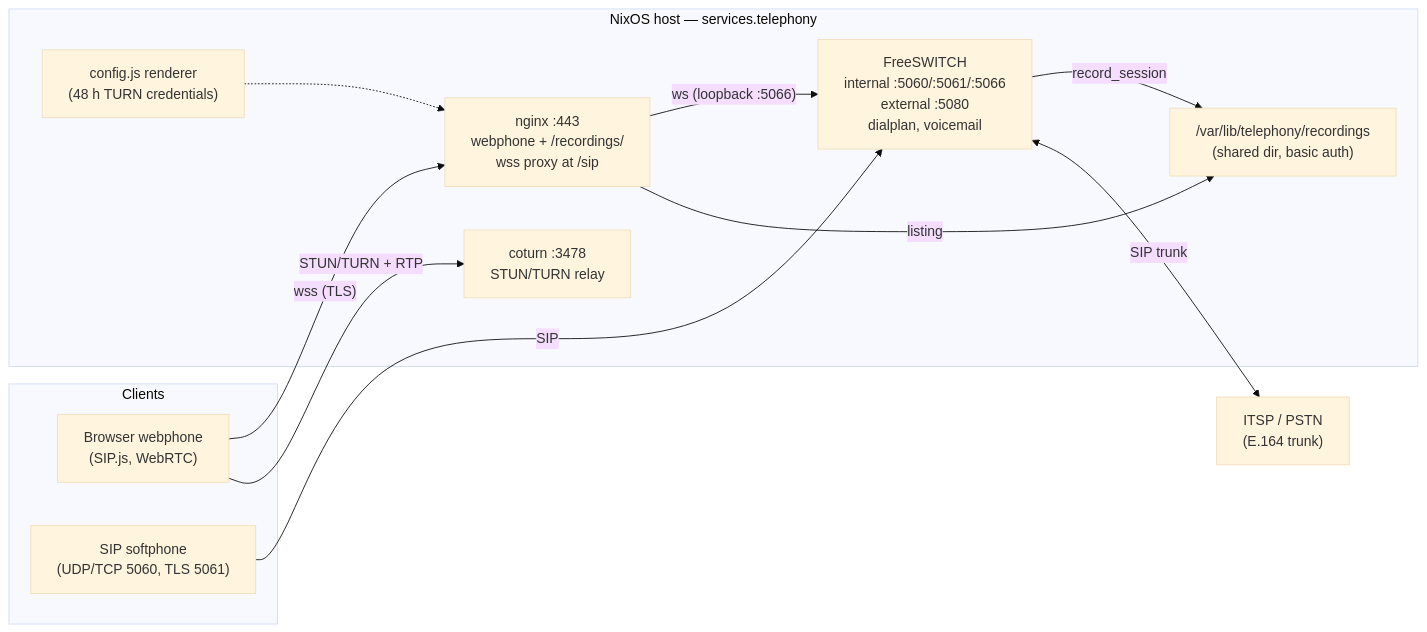
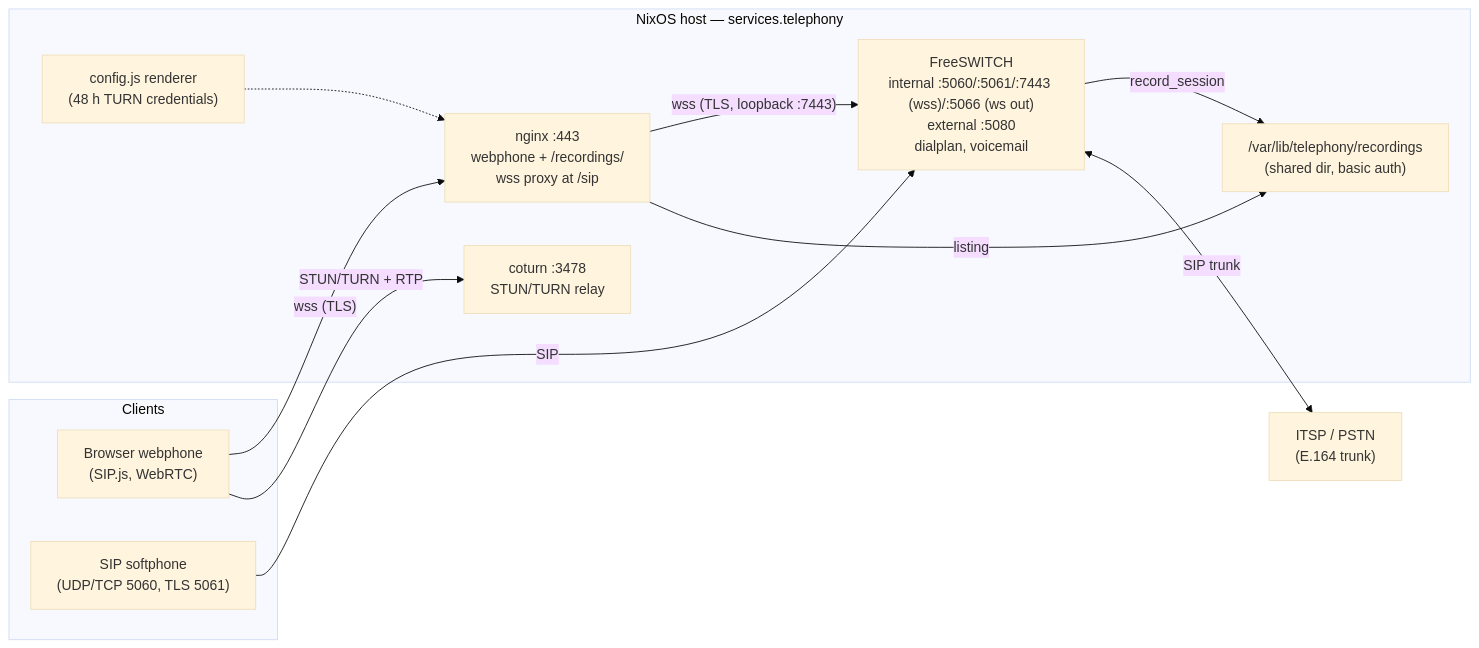
Before and after one commit to LarsArtmann/nix-international-telephony: the diagram in README.md, drawn with Mermaid (base theme). The commit also changed 5 other files, not shown here.

First line of the commit message:
docs: record module split, browser E2E findings, CI/secrets progress, and roadmap answers

````diff
--- a/README.md
+++ b/README.md
@@ -18,26 +18,26 @@
 ```mermaid
 flowchart LR
     subgraph clients["Clients"]
         phone["Browser webphone<br/>(SIP.js, WebRTC)"]
         soft["SIP softphone<br/>(UDP/TCP 5060, TLS 5061)"]
     end
 
     subgraph host["NixOS host — services.telephony"]
         nginx["nginx :443<br/>webphone + /recordings/<br/>wss proxy at /sip"]
-        sofia["FreeSWITCH<br/>internal :5060/:5061/:5066<br/>external :5080<br/>dialplan, voicemail"]
+        sofia["FreeSWITCH<br/>internal :5060/:5061/:7443 (wss)/:5066 (ws out)<br/>external :5080<br/>dialplan, voicemail"]
         turn["coturn :3478<br/>STUN/TURN relay"]
         cfg["config.js renderer<br/>(48 h TURN credentials)"]
         rec["/var/lib/telephony/recordings<br/>(shared dir, basic auth)"]
     end
 
     itsp["ITSP / PSTN<br/>(E.164 trunk)"]
 
     phone -- "wss (TLS)" --> nginx
-    nginx -- "ws (loopback :5066)" --> sofia
+    nginx -- "wss (TLS, loopback :7443)" --> sofia
     soft -- "SIP" --> sofia
     phone -- "STUN/TURN + RTP" --> turn
     cfg -.-> nginx
     sofia -- "record_session" --> rec
     nginx -- "listing" --> rec
     sofia <-- "SIP trunk" --> itsp
 ```
````
